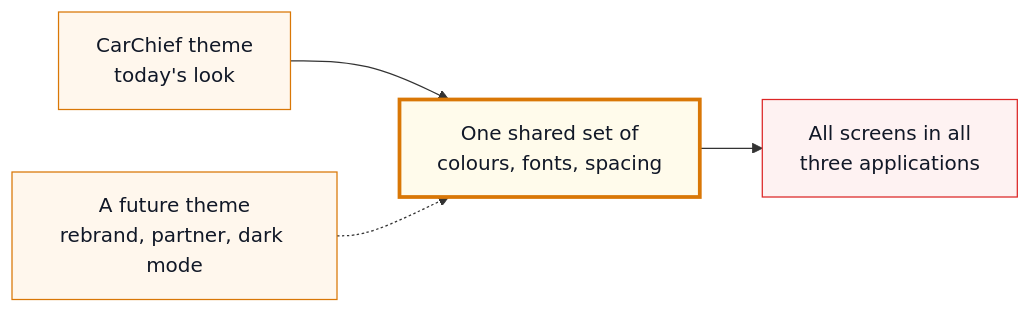
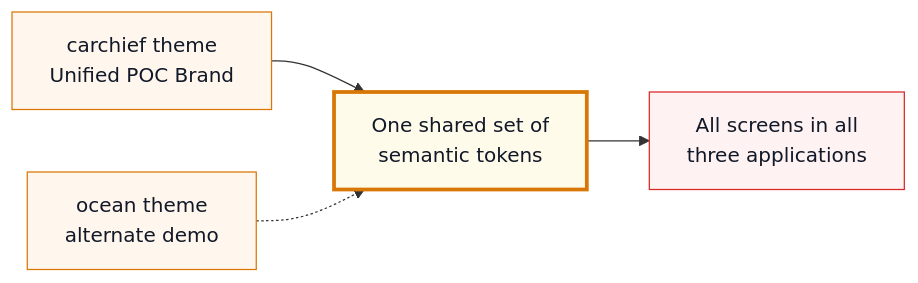
One commit to charithwellage/customerpanel changed the sixth of 6 diagrams in docs/CarChief-Frontend-Implementation-Roadmap.md. Above: the diagram before and after it, drawn with Mermaid. The commit also changed other lines of this file and 40 other files, not shown here.

````diff
--- a/docs/CarChief-Frontend-Implementation-Roadmap.md
+++ b/docs/CarChief-Frontend-Implementation-Roadmap.md
@@ -547,13 +548,13 @@
 ```mermaid
 flowchart LR
-    T1["CarChief theme<br/>today's look"] --> Tokens["One shared set of<br/>colours, fonts, spacing"]
-    T2["A future theme<br/>rebrand, partner, dark mode"] -.-> Tokens
+    T1["carchief theme<br/>Unified POC Brand"] --> Tokens["One shared set of<br/>semantic tokens"]
+    T2["ocean theme<br/>alternate demo"] -.-> Tokens
     Tokens --> Screens["All screens in all<br/>three applications"]
 
     classDef theme fill:#fff7ed,stroke:#d97706,color:#111827
     classDef tok fill:#fffbeb,stroke:#d97706,color:#111827,stroke-width:3px
     classDef app fill:#fef2f2,stroke:#dc2626,color:#111827
     class T1,T2 theme
     class Tokens tok
     class Screens app
 ```
````
